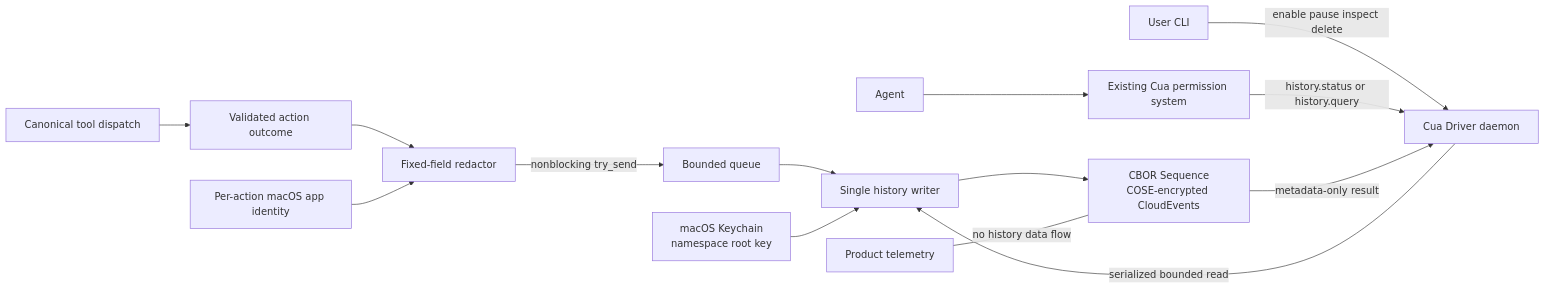
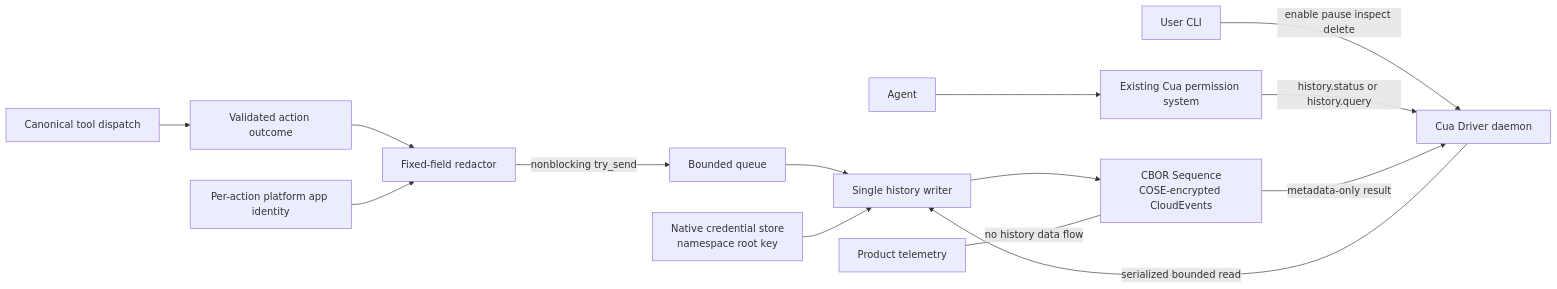
The third of 7 diagrams in libs/cua-driver/docs/computer-history-architecture.md (trycua/cua), drawn with Mermaid before and after one commit. The commit also changed other lines of this file and 1 other file, not shown here.

````diff
--- a/libs/cua-driver/docs/computer-history-architecture.md
+++ b/libs/cua-driver/docs/computer-history-architecture.md
@@ -154,18 +156,18 @@
 ```mermaid
 flowchart LR
     A[Canonical tool dispatch] --> O[Validated action outcome]
     O --> R[Fixed-field redactor]
-    M[Per-action macOS app identity] --> R
+    M[Per-action platform app identity] --> R
     R -->|nonblocking try_send| Q[Bounded queue]
     Q --> W[Single history writer]
-    K[macOS Keychain\nnamespace root key] --> W
+    K[Native credential store\nnamespace root key] --> W
     W --> S[CBOR Sequence\nCOSE-encrypted CloudEvents]
 
     U[User CLI] -->|enable pause inspect delete| D[Cua Driver daemon]
     G[Agent] --> P[Existing Cua permission system]
     P -->|history.status or history.query| D
     D -->|serialized bounded read| W
     S -->|metadata-only result| D
 
     T[Product telemetry] ---|no history data flow| S
 ```
````
